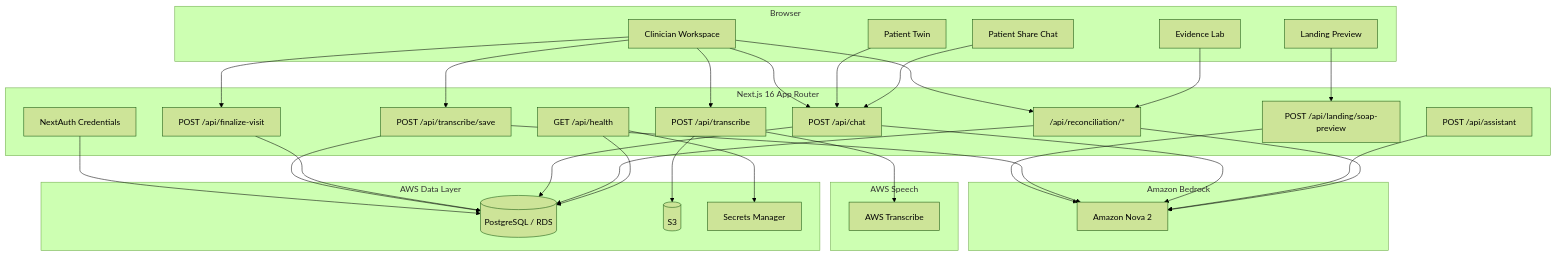
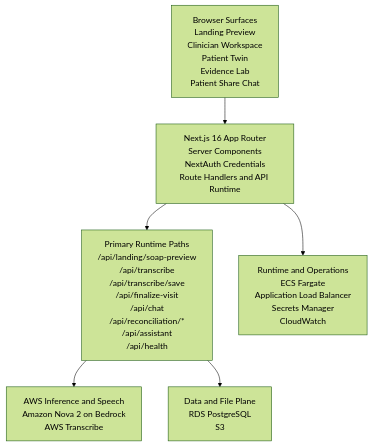
The first of 2 diagrams in README.md (Manoj7ar/Synth-Hackathon), drawn with Mermaid (forest theme) before and after one commit. The commit also changed other lines of this file, not shown here.

Commit message:
Improve README architecture diagrams

````diff
--- a/README.md
+++ b/README.md
@@ -118,62 +122,15 @@
 ```mermaid
 flowchart TB
-  subgraph Browser[Browser]
-    LANDING[Landing Preview]
-    CLINICIAN[Clinician Workspace]
-    TWIN[Patient Twin]
-    LAB[Evidence Lab]
-    PATIENT[Patient Share Chat]
-  end
+  CLIENTS["Browser Surfaces<br/>Landing Preview<br/>Clinician Workspace<br/>Patient Twin<br/>Evidence Lab<br/>Patient Share Chat"]
+  APP["Next.js 16 App Router<br/>Server Components<br/>NextAuth Credentials<br/>Route Handlers and API Runtime"]
+  ROUTES["Primary Runtime Paths<br/>/api/landing/soap-preview<br/>/api/transcribe<br/>/api/transcribe/save<br/>/api/finalize-visit<br/>/api/chat<br/>/api/reconciliation/*<br/>/api/assistant<br/>/api/health"]
+  AI["AWS Inference and Speech<br/>Amazon Nova 2 on Bedrock<br/>AWS Transcribe"]
+  DATA["Data and File Plane<br/>RDS PostgreSQL<br/>S3"]
+  OPS["Runtime and Operations<br/>ECS Fargate<br/>Application Load Balancer<br/>Secrets Manager<br/>CloudWatch"]
 
-  subgraph App[Next.js 16 App Router]
-    AUTH[NextAuth Credentials]
-    PREVIEW["POST /api/landing/soap-preview"]
-    TRANSCRIBE["POST /api/transcribe"]
-    SAVE["POST /api/transcribe/save"]
-    FINALIZE["POST /api/finalize-visit"]
-    CHAT["POST /api/chat"]
-    RECON["/api/reconciliation/*"]
-    ASSIST["POST /api/assistant"]
-    HEALTH["GET /api/health"]
-  end
-
-  subgraph AI[Amazon Bedrock]
-    NOVA[Amazon Nova 2]
-  end
-
-  subgraph Speech[AWS Speech]
-    TRANSCRIBE_SVC[AWS Transcribe]
-  end
-
-  subgraph Data[AWS Data Layer]
-    PG[(PostgreSQL / RDS)]
-    S3[(S3)]
-    SECRETS[Secrets Manager]
-  end
-
-  LANDING --> PREVIEW
-  CLINICIAN --> TRANSCRIBE
-  CLINICIAN --> SAVE
-  CLINICIAN --> FINALIZE
-  CLINICIAN --> CHAT
-  CLINICIAN --> RECON
-  TWIN --> CHAT
-  LAB --> RECON
-  PATIENT --> CHAT
-
-  AUTH --> PG
-  PREVIEW --> NOVA
-  SAVE --> NOVA
-  CHAT --> NOVA
-  ASSIST --> NOVA
-  RECON --> NOVA
-  TRANSCRIBE --> TRANSCRIBE_SVC
-  TRANSCRIBE --> S3
-
-  SAVE --> PG
-  FINALIZE --> PG
-  CHAT --> PG
-  RECON --> PG
-  HEALTH --> PG
-  HEALTH --> SECRETS
+  CLIENTS --> APP
+  APP --> ROUTES
+  ROUTES --> AI
+  ROUTES --> DATA
+  APP --> OPS
 ```
````
